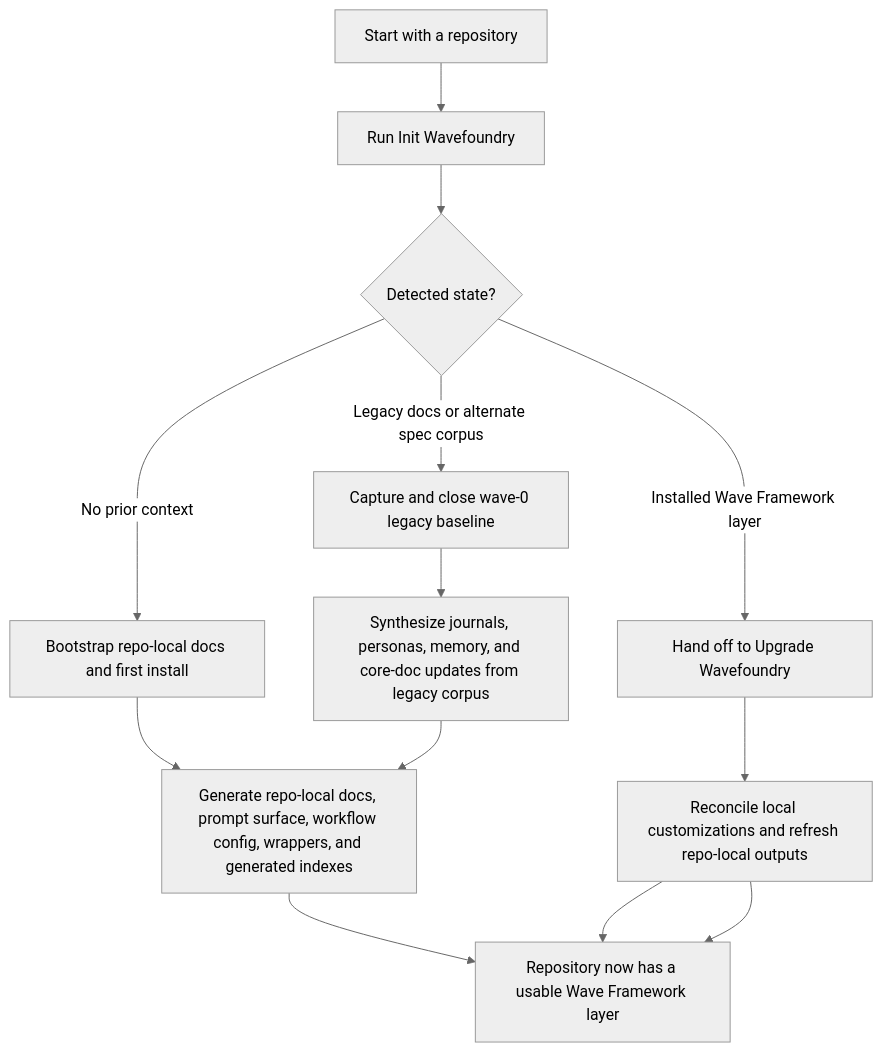
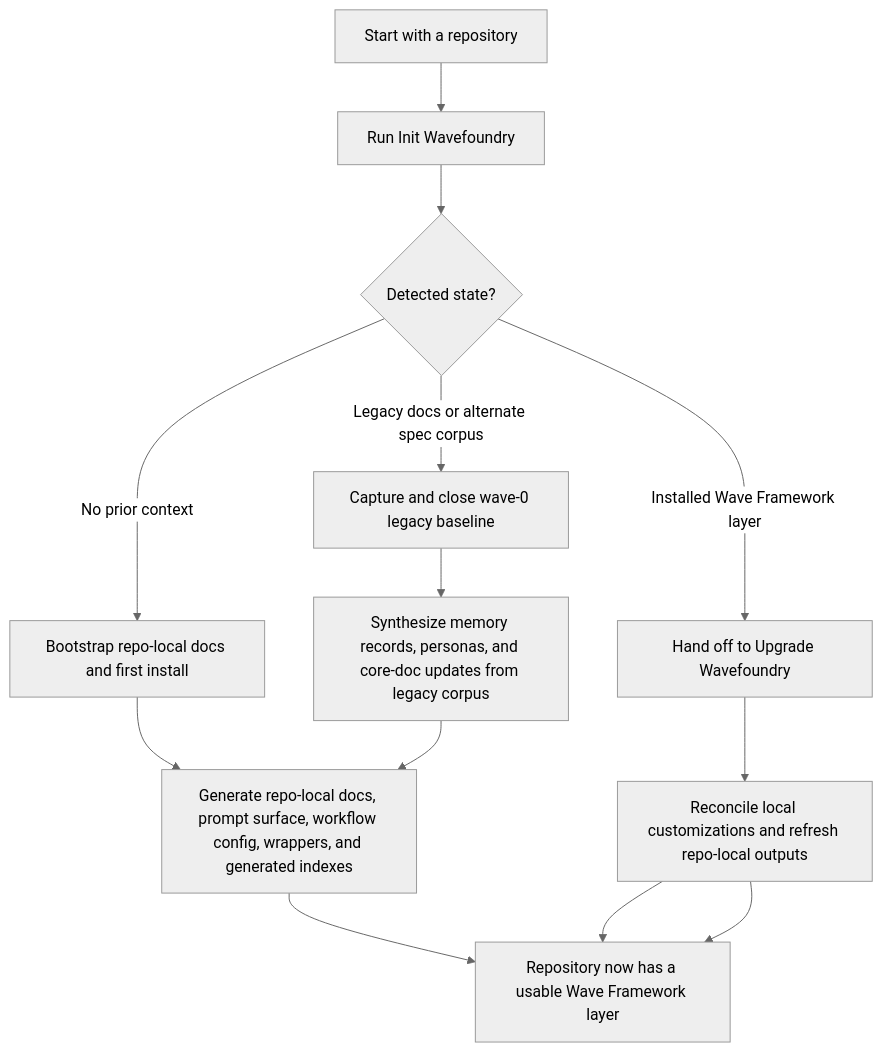
Before and after one commit to coryhacking/wavefoundry: the diagram in .wavefoundry/framework/seeds/002-wave-framework-seeding-overview.md, drawn with Mermaid (neutral theme). The commit also changed other lines of this file and 406 other files, not shown here.

````diff
--- a/.wavefoundry/framework/seeds/002-wave-framework-seeding-overview.md
+++ b/.wavefoundry/framework/seeds/002-wave-framework-seeding-overview.md
@@ -109,15 +109,15 @@
 ```mermaid
 flowchart TD
     A[Start with a repository] --> B[Run Init Wavefoundry]
     B --> C{Detected state?}
     C -->|No prior context| D[Bootstrap repo-local docs and first install]
     C -->|Legacy docs or alternate spec corpus| E[Capture and close wave-0 legacy baseline]
     C -->|Installed Wave Framework layer| F[Hand off to Upgrade Wavefoundry]
     D --> G[Generate repo-local docs, prompt surface, workflow config, wrappers, and generated indexes]
-    E --> H[Synthesize journals, personas, memory, and core-doc updates from legacy corpus]
+    E --> H[Synthesize memory records, personas, and core-doc updates from legacy corpus]
     H --> G
     F --> I[Reconcile local customizations and refresh repo-local outputs]
     G --> J[Run docs gate and verify outputs]
     I --> J
     I --> J[Repository now has a usable Wave Framework layer]
 ```
````
